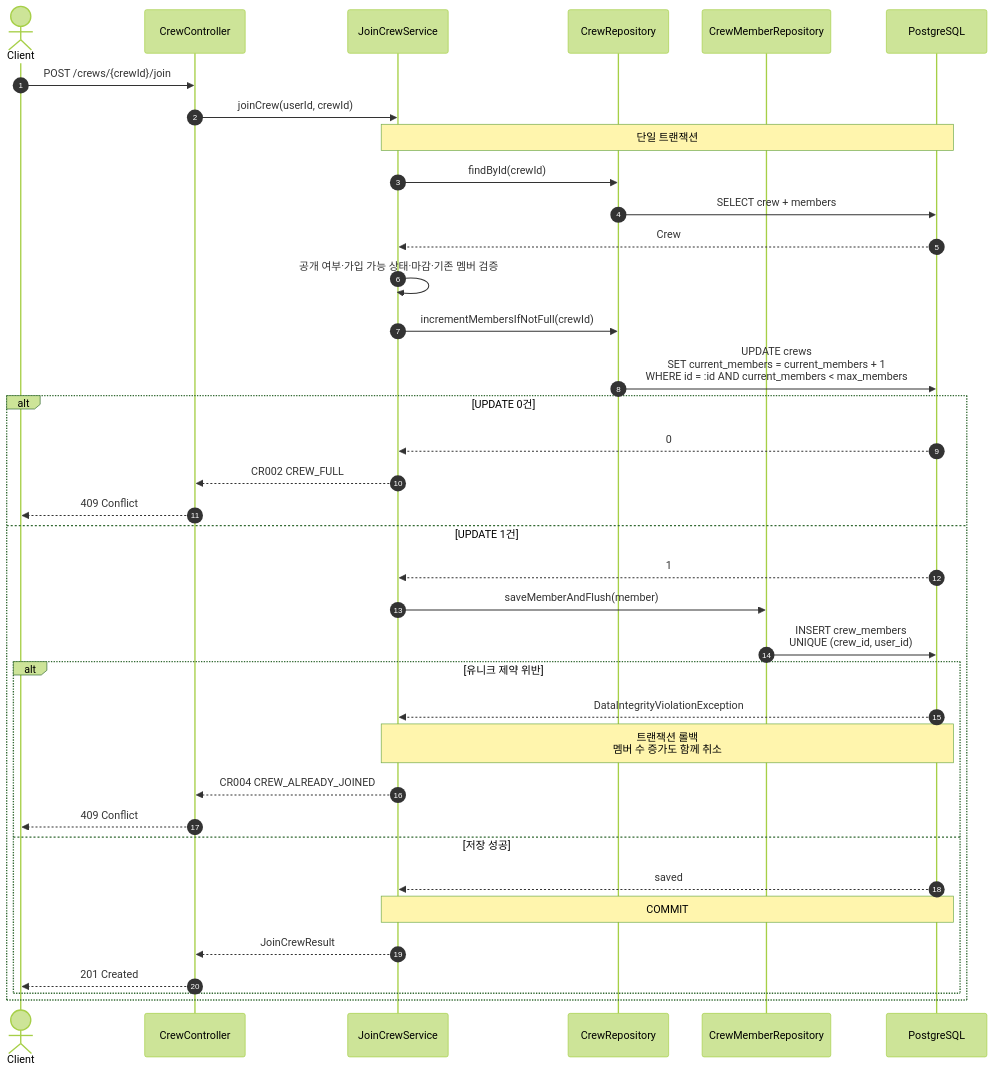
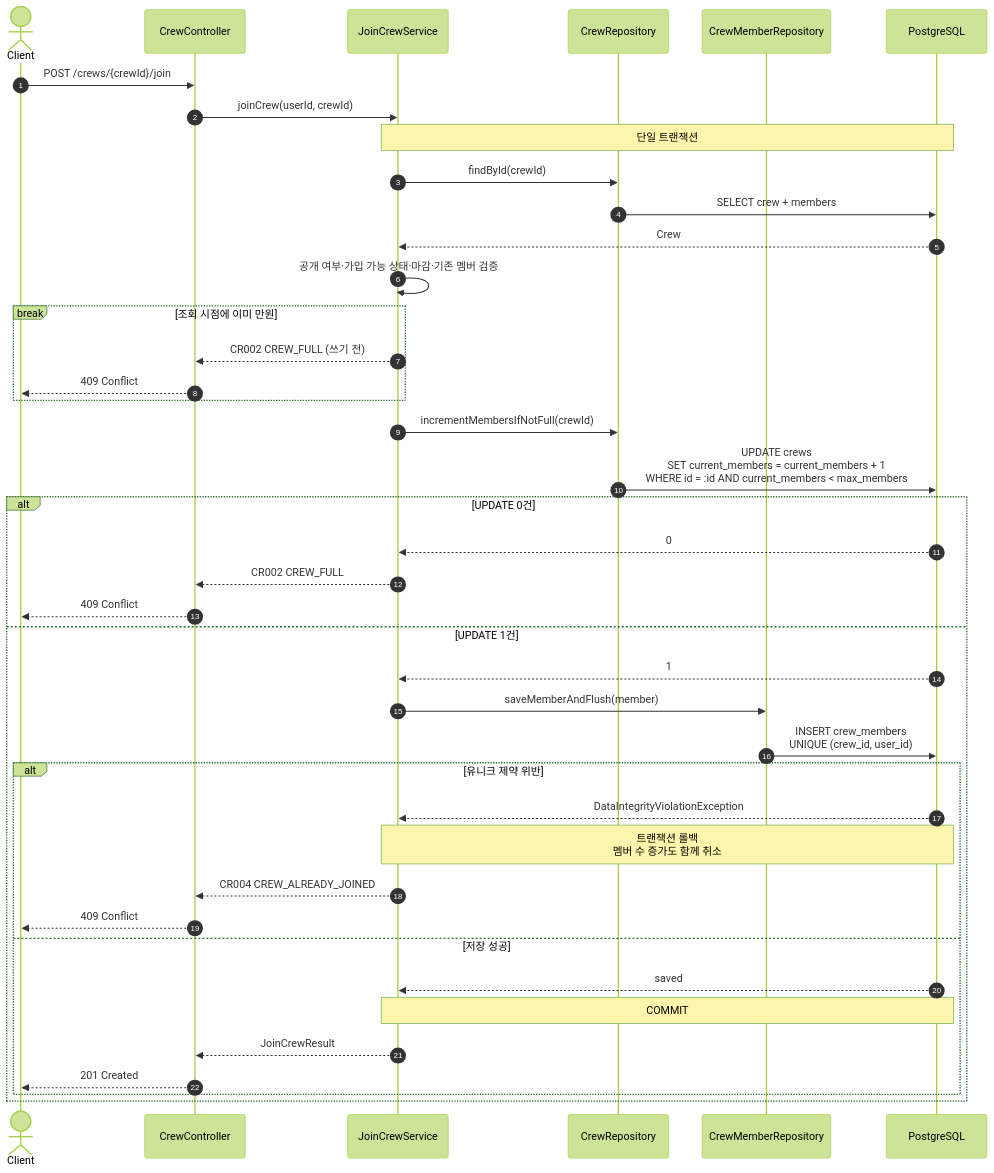
Before and after one commit to JianYang98/TriAgain: the first of 4 diagrams in docs/spec/sequence/crew-join.md, drawn with Mermaid (forest theme). The commit also changed other lines of this file and 4 other files, not shown here.

````diff
--- a/docs/spec/sequence/crew-join.md
+++ b/docs/spec/sequence/crew-join.md
@@ -17,44 +17,48 @@
 ```mermaid
 sequenceDiagram
     autonumber
     actor Client
     participant Controller as CrewController
     participant Service as JoinCrewService
     participant CrewRepo as CrewRepository
     participant MemberRepo as CrewMemberRepository
     participant DB as PostgreSQL
 
     Client->>Controller: POST /crews/{crewId}/join
     Controller->>Service: joinCrew(userId, crewId)
     Note over Service,DB: 단일 트랜잭션
 
     Service->>CrewRepo: findById(crewId)
     CrewRepo->>DB: SELECT crew + members
     DB-->>Service: Crew
     Service->>Service: 공개 여부·가입 가능 상태·마감·기존 멤버 검증
 
+    break 조회 시점에 이미 만원
+        Service-->>Controller: CR002 CREW_FULL (쓰기 전)
+        Controller-->>Client: 409 Conflict
+    end
     Service->>CrewRepo: incrementMembersIfNotFull(crewId)
     CrewRepo->>DB: UPDATE crews<br/>SET current_members = current_members + 1<br/>WHERE id = :id AND current_members < max_members
 
     alt UPDATE 0건
         DB-->>Service: 0
         Service-->>Controller: CR002 CREW_FULL
         Controller-->>Client: 409 Conflict
     else UPDATE 1건
         DB-->>Service: 1
         Service->>MemberRepo: saveMemberAndFlush(member)
         MemberRepo->>DB: INSERT crew_members<br/>UNIQUE (crew_id, user_id)
 
         alt 유니크 제약 위반
             DB-->>Service: DataIntegrityViolationException
             Note over Service,DB: 트랜잭션 롤백<br/>멤버 수 증가도 함께 취소
             Service-->>Controller: CR004 CREW_ALREADY_JOINED
             Controller-->>Client: 409 Conflict
         else 저장 성공
             DB-->>Service: saved
             Note over Service,DB: COMMIT
             Service-->>Controller: JoinCrewResult
             Controller-->>Client: 201 Created
         end
     end
 ```
````
